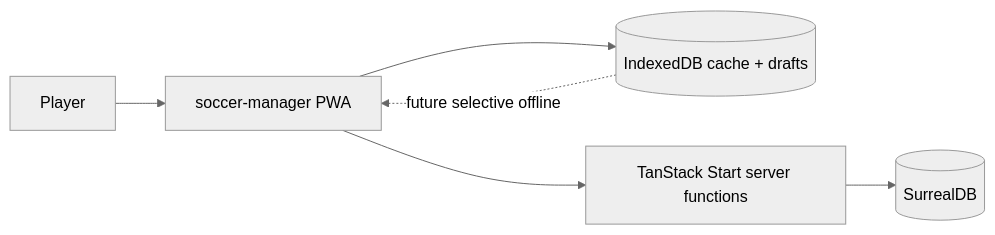
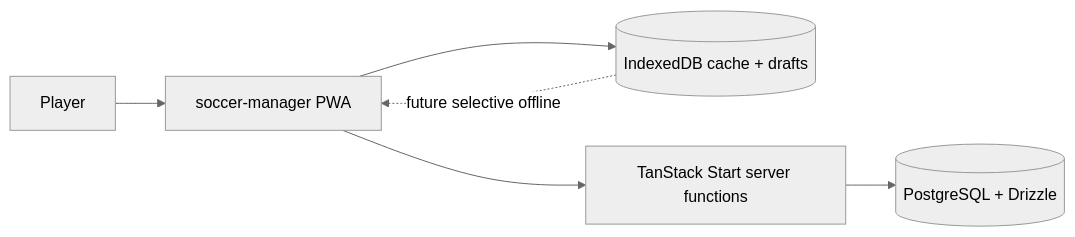
Before and after one commit to EtroxTaran/klubhaus-elf: the diagram in docs/10-Architecture/03-Context.md, drawn with Mermaid (neutral theme). The commit also changed other lines of this file and 120 other files, not shown here.

````diff
--- a/docs/10-Architecture/03-Context.md
+++ b/docs/10-Architecture/03-Context.md
@@ -13,8 +13,8 @@
 ```mermaid
 flowchart LR
   Player[Player] --> PWA[soccer-manager PWA]
   PWA --> IndexedDB[(IndexedDB cache + drafts)]
   PWA --> Start[TanStack Start server functions]
-  Start --> SurrealDB[(SurrealDB)]
+  Start --> Postgres[(PostgreSQL + Drizzle)]
   IndexedDB -. future selective offline .-> PWA
 ```
````
